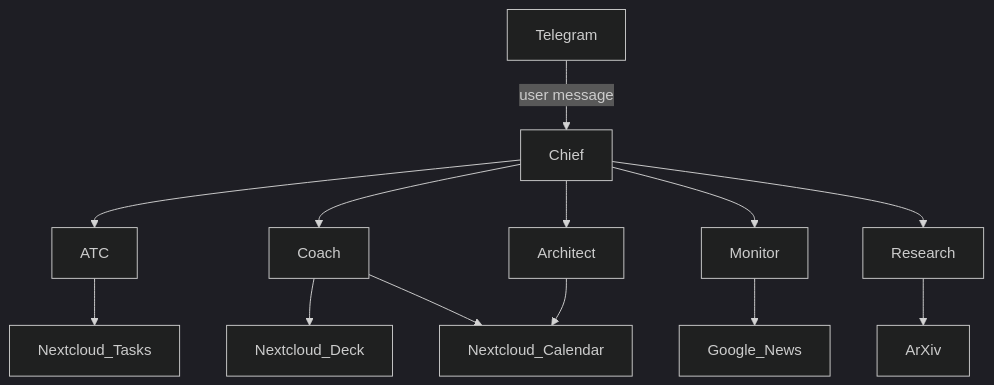
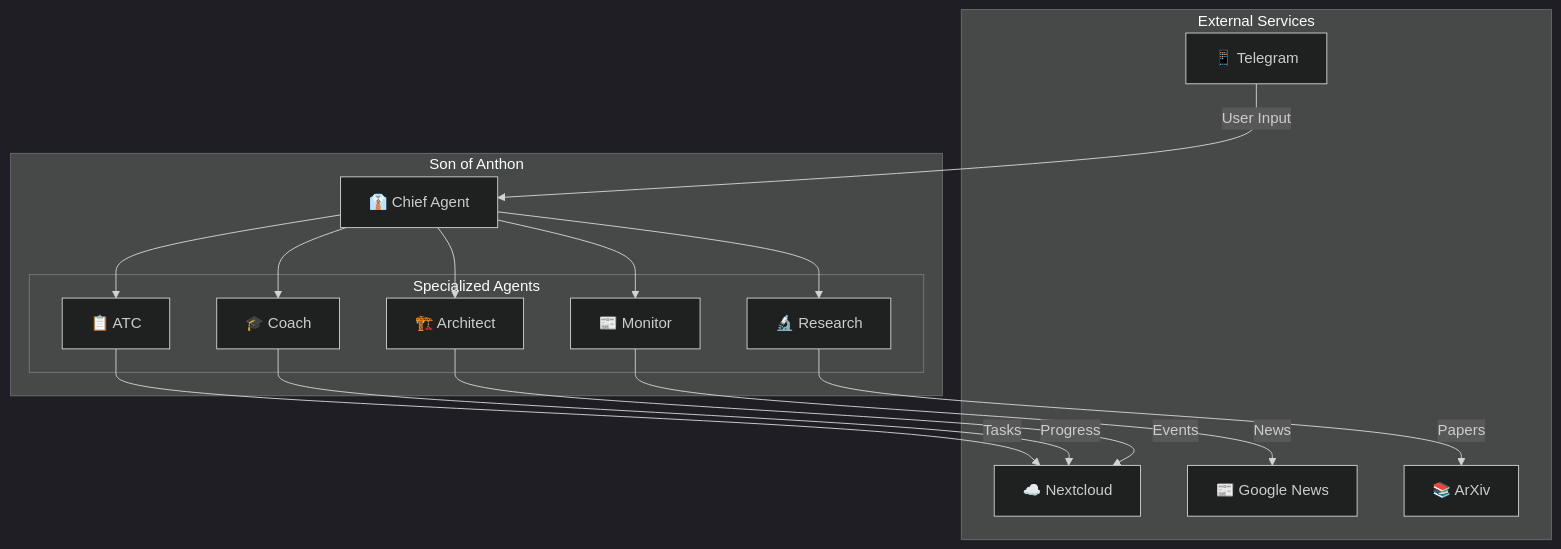
Before and after one commit to JonyBepary/son-of-anthon: the diagram in README.md, drawn with Mermaid (dark theme). The commit also changed other lines of this file, not shown here.

````diff
--- a/README.md
+++ b/README.md
@@ -23,15 +34,34 @@
 ```mermaid
-graph TD
-    Telegram -->|user message| Chief
+flowchart TD
+    subgraph External["External Services"]
+        Telegram["📱 Telegram"]
+        Nextcloud["☁️ Nextcloud"]
+        Google_News["📰 Google News"]
+        ArXiv["📚 ArXiv"]
+    end
+
+    subgraph Core["Son of Anthon"]
+        Chief["👔 Chief Agent"]
+
+        subgraph Agents["Specialized Agents"]
+            ATC["📋 ATC"]
+            Coach["🎓 Coach"]
+            Architect["🏗️ Architect"]
+            Monitor["📰 Monitor"]
+            Research["🔬 Research"]
+        end
+    end
+
+    Telegram -->|User Input| Chief
     Chief --> ATC
     Chief --> Coach
     Chief --> Architect
     Chief --> Monitor
     Chief --> Research
-    ATC --> Nextcloud_Tasks
-    Coach --> Nextcloud_Deck
-    Coach --> Nextcloud_Calendar
-    Architect --> Nextcloud_Calendar
-    Monitor --> Google_News
-    Research --> ArXiv
+
+    ATC -->|Tasks| Nextcloud
+    Coach -->|Progress| Nextcloud
+    Architect -->|Events| Nextcloud
+    Monitor -->|News| Google_News
+    Research -->|Papers| ArXiv
 ```
````
